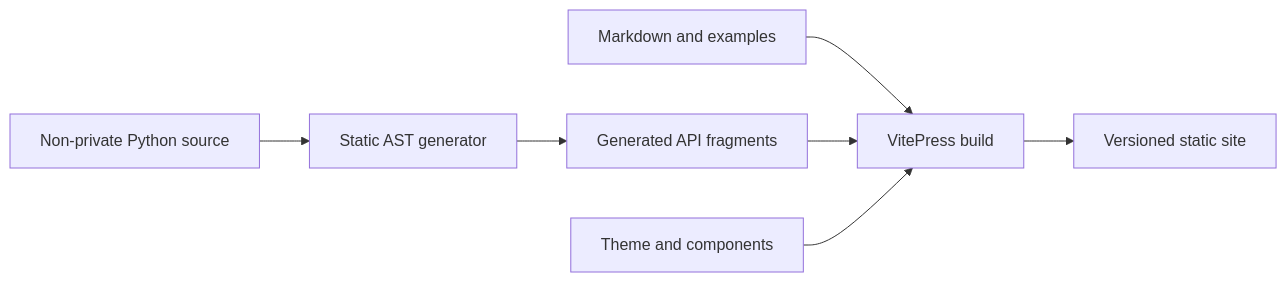
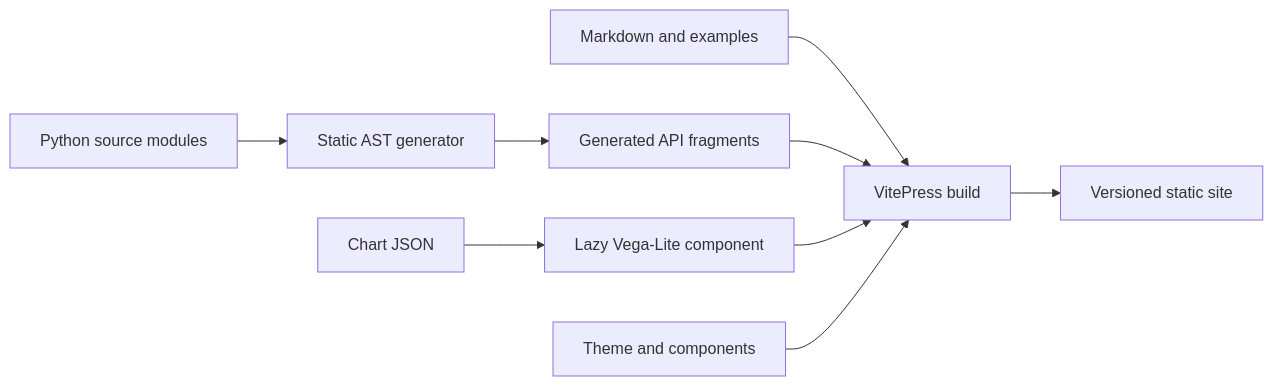
The diagram in docs/developer/documentation.md (visualDust/fhelium), drawn with Mermaid before and after one commit. The commit also changed other lines of this file and 612 other files, not shown here.

Commit message:
Introduce several architecture changes and support Windows native build

````diff
--- a/docs/developer/documentation.md
+++ b/docs/developer/documentation.md
@@ -106,9 +140,11 @@
 ```mermaid
 flowchart LR
-    PY[Non-private Python source] --> AST[Static AST generator]
+    PY[Python source modules] --> AST[Static AST generator]
     AST --> JSON[Generated API fragments]
     MD[Markdown and examples] --> VP[VitePress build]
     JSON --> VP
+    DATA[Chart JSON] --> VL[Lazy Vega-Lite component]
+    VL --> VP
     THEME[Theme and components] --> VP
     VP --> HTML[Versioned static site]
 ```
````
